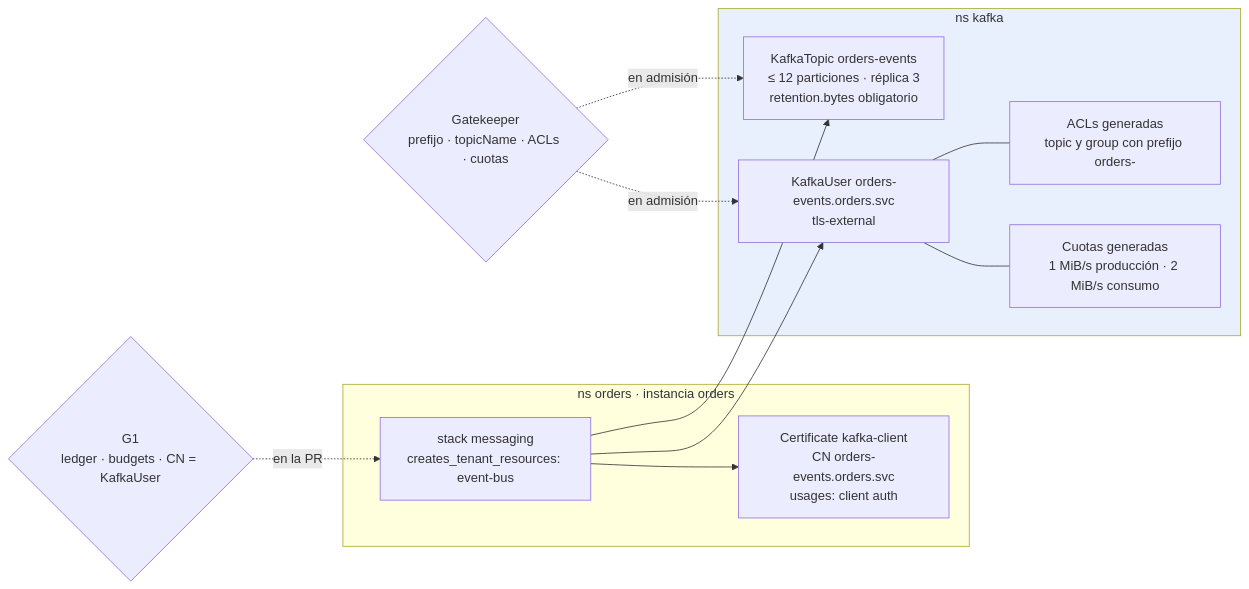
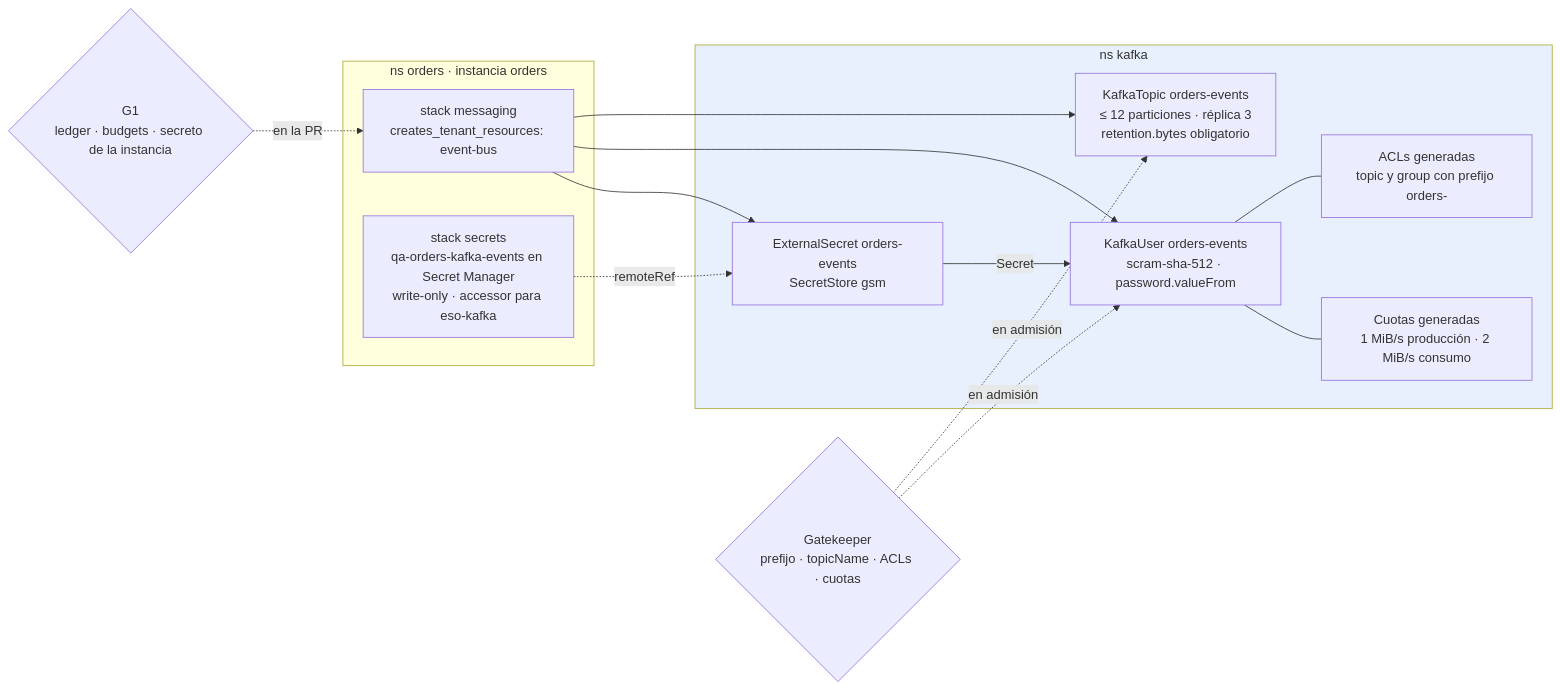
The diagram in docs/es/proposals/kafka-qa/diagrams/02-tenencia.mmd (aescanero/proposal_documents), drawn with Mermaid before and after one commit. The commit also changed 27 other files, not shown here.

First line of the commit message:
Move Kafka clients to SCRAM; add the private qa.internal zone and names (en and es)

```diff
--- a/docs/es/proposals/kafka-qa/diagrams/02-tenencia.mmd
+++ b/docs/es/proposals/kafka-qa/diagrams/02-tenencia.mmd
@@ -1,26 +1,29 @@
 flowchart LR
     subgraph ANS["ns orders · instancia orders"]
         MS["stack messaging<br/>creates_tenant_resources: event-bus"]
-        CERT["Certificate kafka-client<br/>CN orders-events.orders.svc<br/>usages: client auth"]
+        CERT["stack secrets<br/>qa-orders-kafka-events en Secret Manager<br/>write-only · accessor para eso-kafka"]
     end
 
     subgraph KNS["ns kafka"]
         T["KafkaTopic orders-events<br/>≤ 12 particiones · réplica 3<br/>retention.bytes obligatorio"]
-        U["KafkaUser orders-events.orders.svc<br/>tls-external"]
+        U["KafkaUser orders-events<br/>scram-sha-512 · password.valueFrom"]
+        ES["ExternalSecret orders-events<br/>SecretStore gsm"]
         ACL["ACLs generadas<br/>topic y group con prefijo orders-"]
         Q["Cuotas generadas<br/>1 MiB/s producción · 2 MiB/s consumo"]
     end
 
     GK{"Gatekeeper<br/>prefijo · topicName · ACLs · cuotas"}
-    G1{"G1<br/>ledger · budgets · CN = KafkaUser"}
+    G1{"G1<br/>ledger · budgets · secreto de la instancia"}
 
     MS --> T
     MS --> U
-    MS --> CERT
+    CERT -. "remoteRef" .-> ES
+    MS --> ES
+    ES -->|"Secret"| U
     U --- ACL
     U --- Q
     G1 -. "en la PR" .-> MS
     GK -. "en admisión" .-> T
     GK -. "en admisión" .-> U
 
     style KNS fill:#e8f0fe
```
